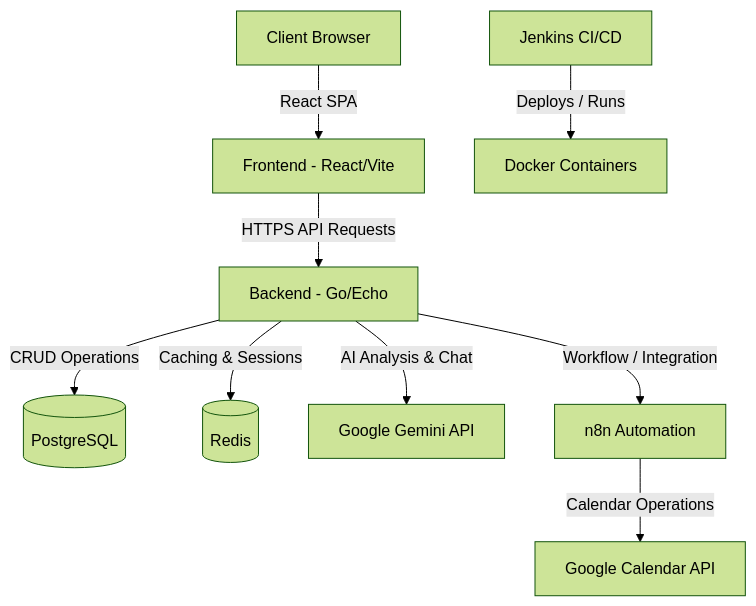
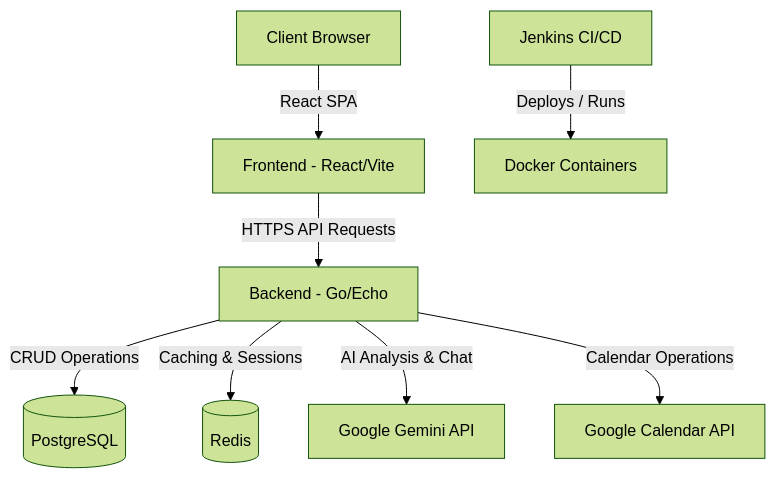
One commit to YourPace-Health/yourpace-env changed the diagram in README.md. Above: the diagram before and after it, drawn with Mermaid (forest theme). The commit also changed other lines of this file and 39 other files, not shown here.

````diff
--- a/README.md
+++ b/README.md
@@ -9,11 +32,10 @@
 ```mermaid
 graph TD
     User[Client Browser] -->|React SPA| Frontend[Frontend - React/Vite]
     Frontend -->|HTTPS API Requests| Backend[Backend - Go/Echo]
     Backend -->|CRUD Operations| DB[(PostgreSQL)]
     Backend -->|Caching & Sessions| Cache[(Redis)]
     Backend -->|AI Analysis & Chat| Gemini[Google Gemini API]
-    Backend -->|Workflow / Integration| n8n[n8n Automation]
-    n8n -->|Calendar Operations| GoogleCalendar[Google Calendar API]
+    Backend -->|Calendar Operations| GoogleCalendar[Google Calendar API]
     Jenkins[Jenkins CI/CD] -->|Deploys / Runs| Docker[Docker Containers]
 ```
````
